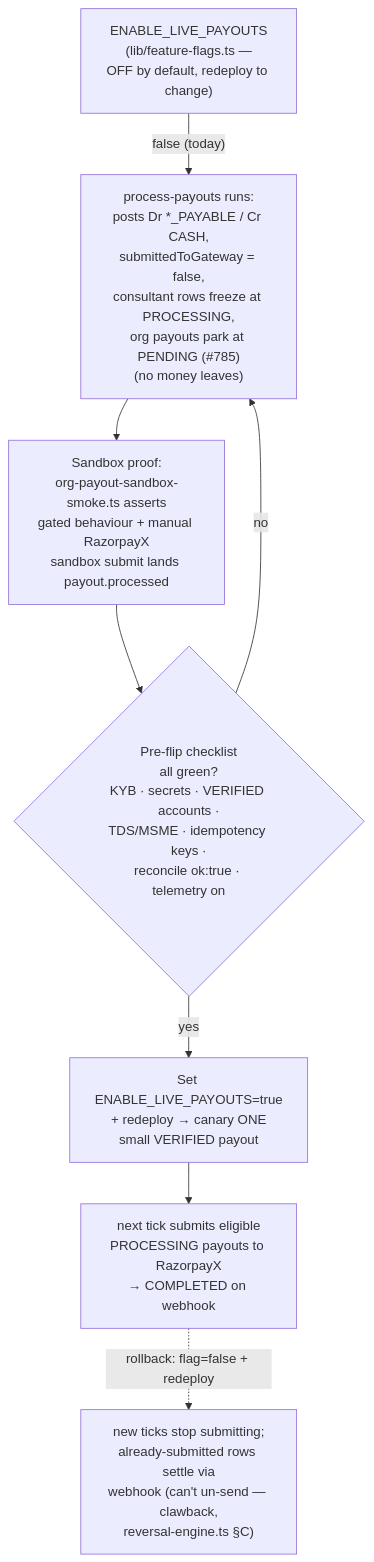
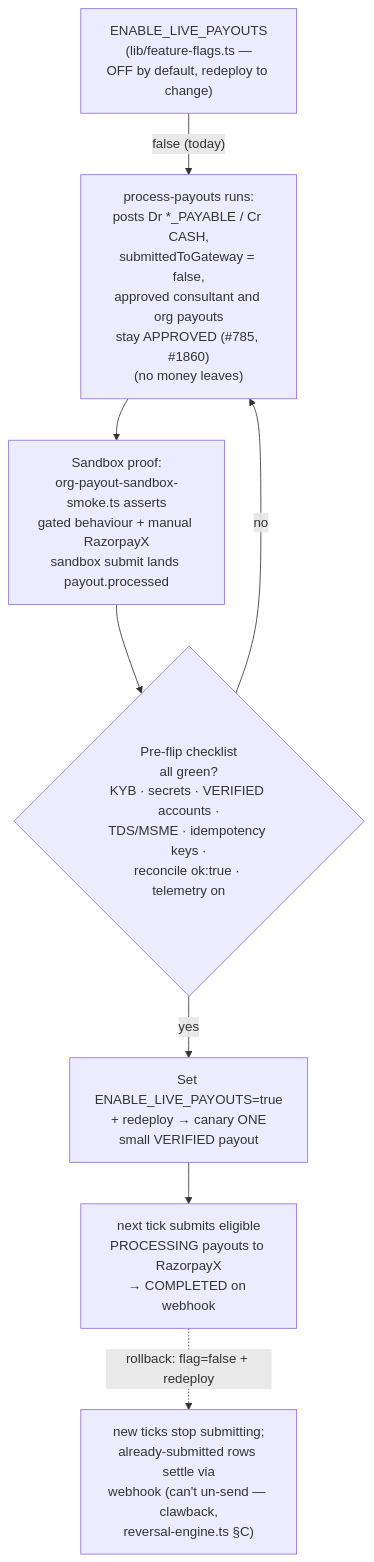
Before and after one commit to Practitionist/familiarise_web: the diagram in docs/enterprise/50-operations/06-live-payout-go-live-runbook.md, drawn with Mermaid. The commit also changed other lines of this file and 3 other files, not shown here.

First line of the commit message:
docs(payouts): #1527 — how payouts work, org approval before payment, go-live steps

````diff
--- a/docs/enterprise/50-operations/06-live-payout-go-live-runbook.md
+++ b/docs/enterprise/50-operations/06-live-payout-go-live-runbook.md
@@ -26,11 +28,11 @@
 ```mermaid
 flowchart TD
   START["ENABLE_LIVE_PAYOUTS<br/>(lib/feature-flags.ts —<br/>OFF by default, redeploy to change)"]
-  START -->|"false (today)"| FREEZE["process-payouts runs:<br/>posts Dr *_PAYABLE / Cr CASH,<br/>submittedToGateway = false,<br/>consultant rows freeze at PROCESSING,<br/>org payouts park at PENDING (#785)<br/>(no money leaves)"]
+  START -->|"false (today)"| FREEZE["process-payouts runs:<br/>posts Dr *_PAYABLE / Cr CASH,<br/>submittedToGateway = false,<br/>approved consultant and org payouts<br/>stay APPROVED (#785, #1860)<br/>(no money leaves)"]
   FREEZE --> PROVE["Sandbox proof:<br/>org-payout-sandbox-smoke.ts asserts<br/>gated behaviour + manual RazorpayX<br/>sandbox submit lands payout.processed"]
   PROVE --> CHECK{"Pre-flip checklist<br/>all green?<br/>KYB · secrets · VERIFIED accounts ·<br/>TDS/MSME · idempotency keys ·<br/>reconcile ok:true · telemetry on"}
   CHECK -->|"no"| FREEZE
   CHECK -->|"yes"| FLIP["Set ENABLE_LIVE_PAYOUTS=true<br/>+ redeploy → canary ONE<br/>small VERIFIED payout"]
   FLIP --> LIVE["next tick submits eligible<br/>PROCESSING payouts to RazorpayX<br/>→ COMPLETED on webhook"]
   LIVE -.->|"rollback: flag=false + redeploy"| STOP["new ticks stop submitting;<br/>already-submitted rows settle via<br/>webhook (can't un-send — clawback,<br/>reversal-engine.ts §C)"]
 ```
````
